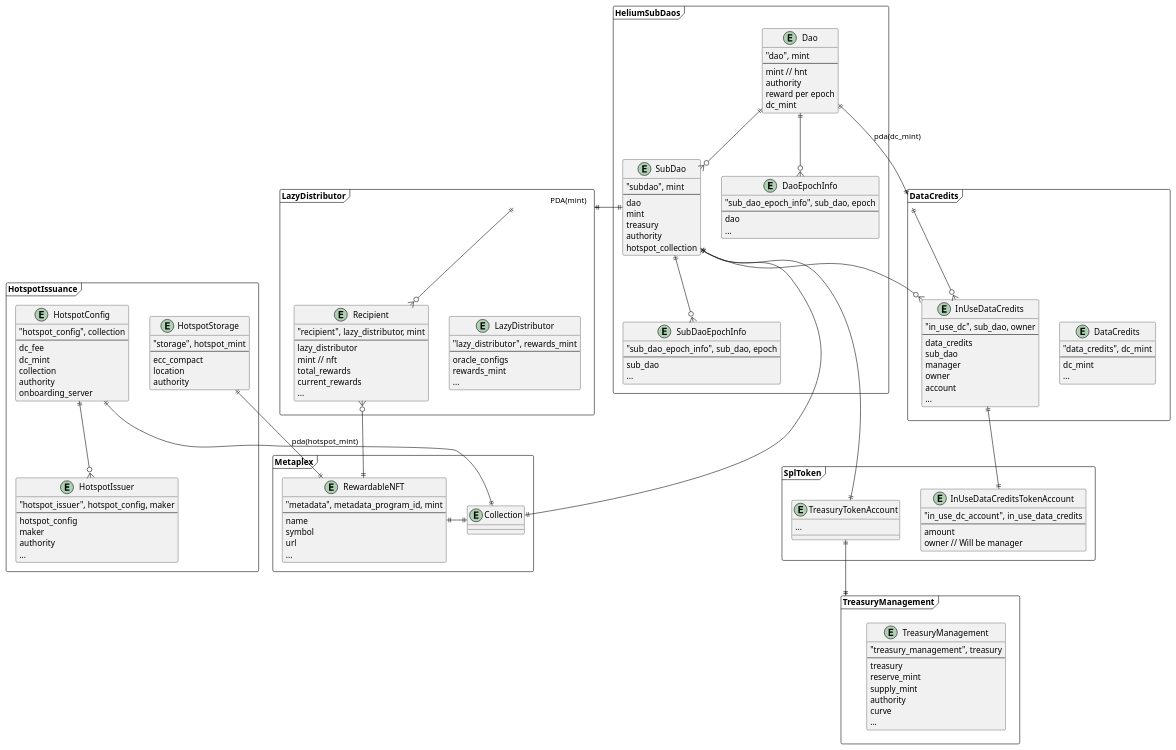
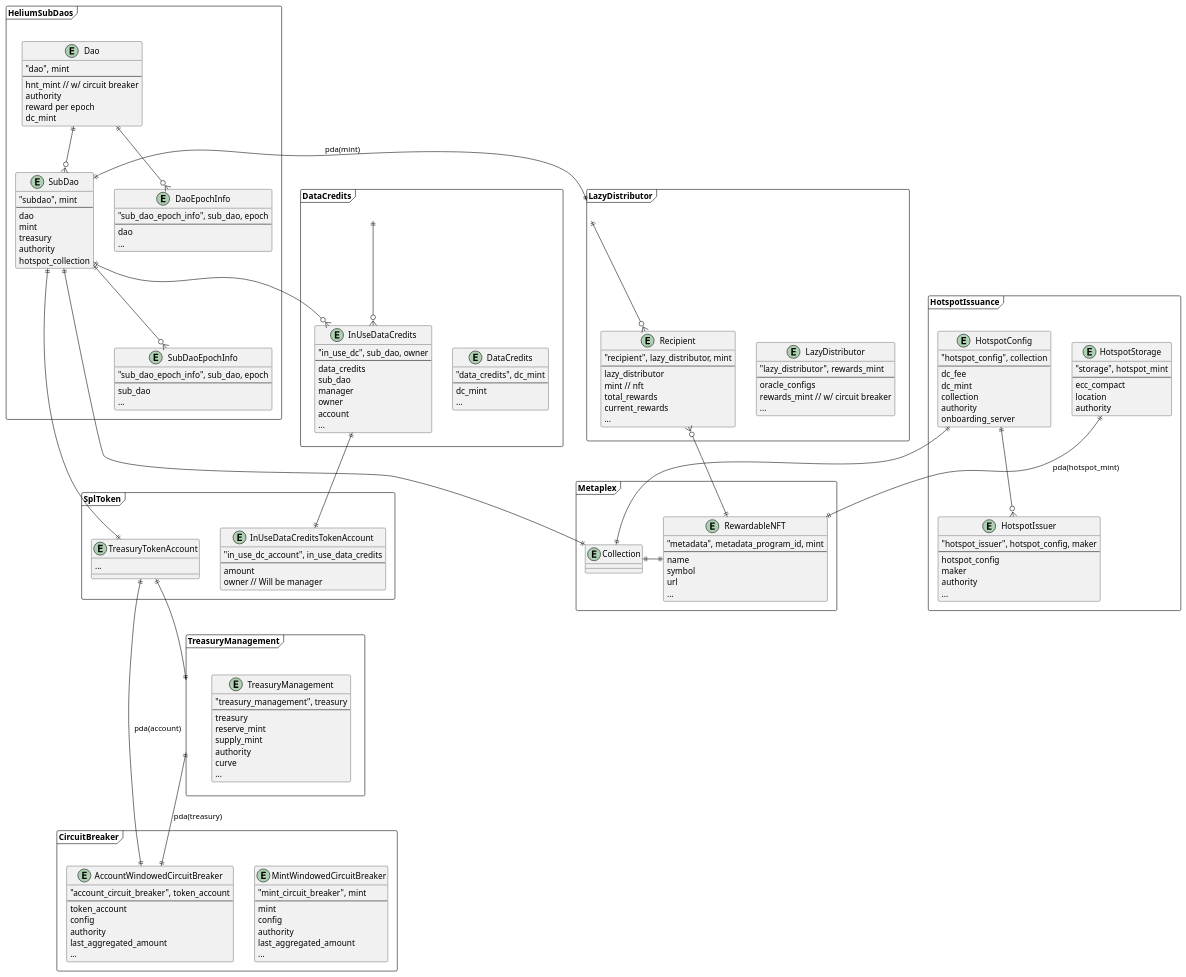
One commit to helium/helium-program-library changed the diagram in diagrams/erd.puml. Above: the diagram before and after it, drawn with PlantUML. The commit also changed 24 other files, not shown here.

Commit message:
WIP circuit breaker

```diff
--- a/diagrams/erd.puml
+++ b/diagrams/erd.puml
@@ -4,7 +4,7 @@
   entity Dao {
     "dao", mint
     --
-    mint // hnt
+    hnt_mint // w/ circuit breaker
     authority
     reward per epoch
     dc_mint
@@ -68,6 +68,28 @@
   }
 }
 
+frame CircuitBreaker {
+  entity MintWindowedCircuitBreaker {
+    "mint_circuit_breaker", mint
+    --
+    mint
+    config
+    authority
+    last_aggregated_amount
+    ...
+  }
+
+  entity AccountWindowedCircuitBreaker {
+    "account_circuit_breaker", token_account
+    --
+    token_account
+    config
+    authority
+    last_aggregated_amount
+    ...
+  }
+}
+
 frame HotspotIssuance {
   entity HotspotConfig {
     "hotspot_config", collection
@@ -102,7 +124,7 @@
     "lazy_distributor", rewards_mint
     --
     oracle_configs
-    rewards_mint
+    rewards_mint // w/ circuit breaker
     ...
   }
 
@@ -152,12 +174,13 @@
 SubDao ||--|| TreasuryTokenAccount
 TreasuryTokenAccount ||--|| TreasuryManagement
 
-Dao ||--|| DataCredits : pda(dc_mint)
+TreasuryTokenAccount ||--|| AccountWindowedCircuitBreaker : pda(account)
 
-
-SubDao ||-|| LazyDistributor : PDA(mint)
+SubDao ||-|| LazyDistributor : pda(mint)
 
 SubDao ||-|| Collection
+
+TreasuryManagement ||--|| AccountWindowedCircuitBreaker : pda(treasury)
 
 
 Dao ||--o{ SubDao
```
